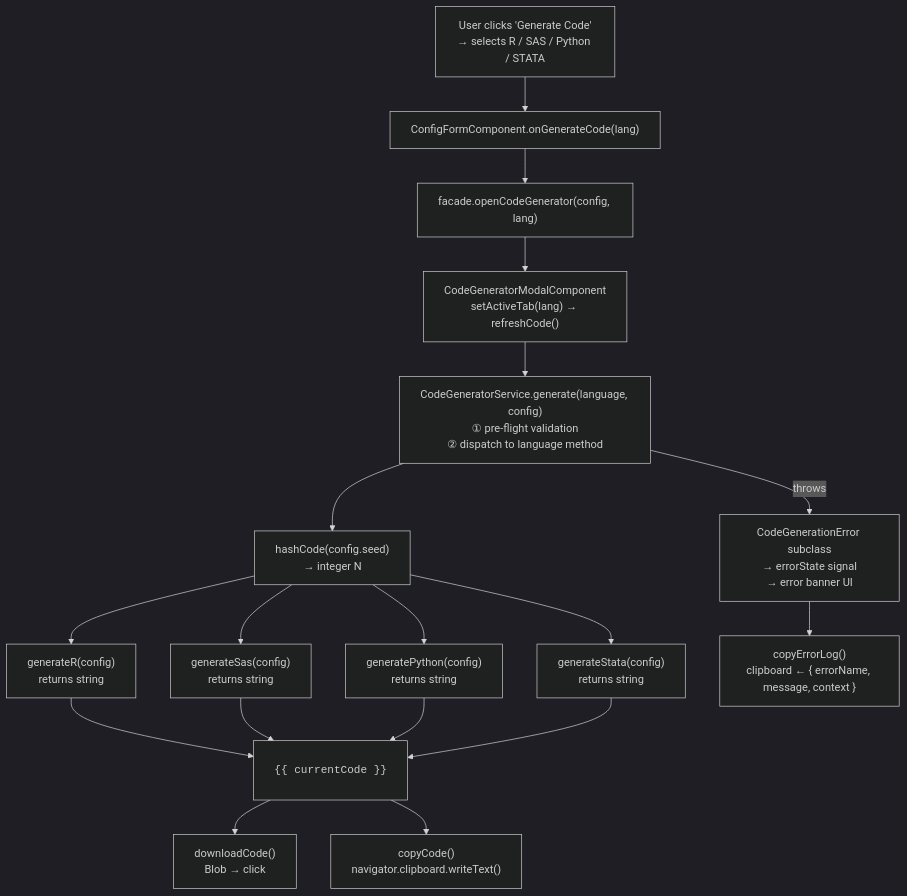
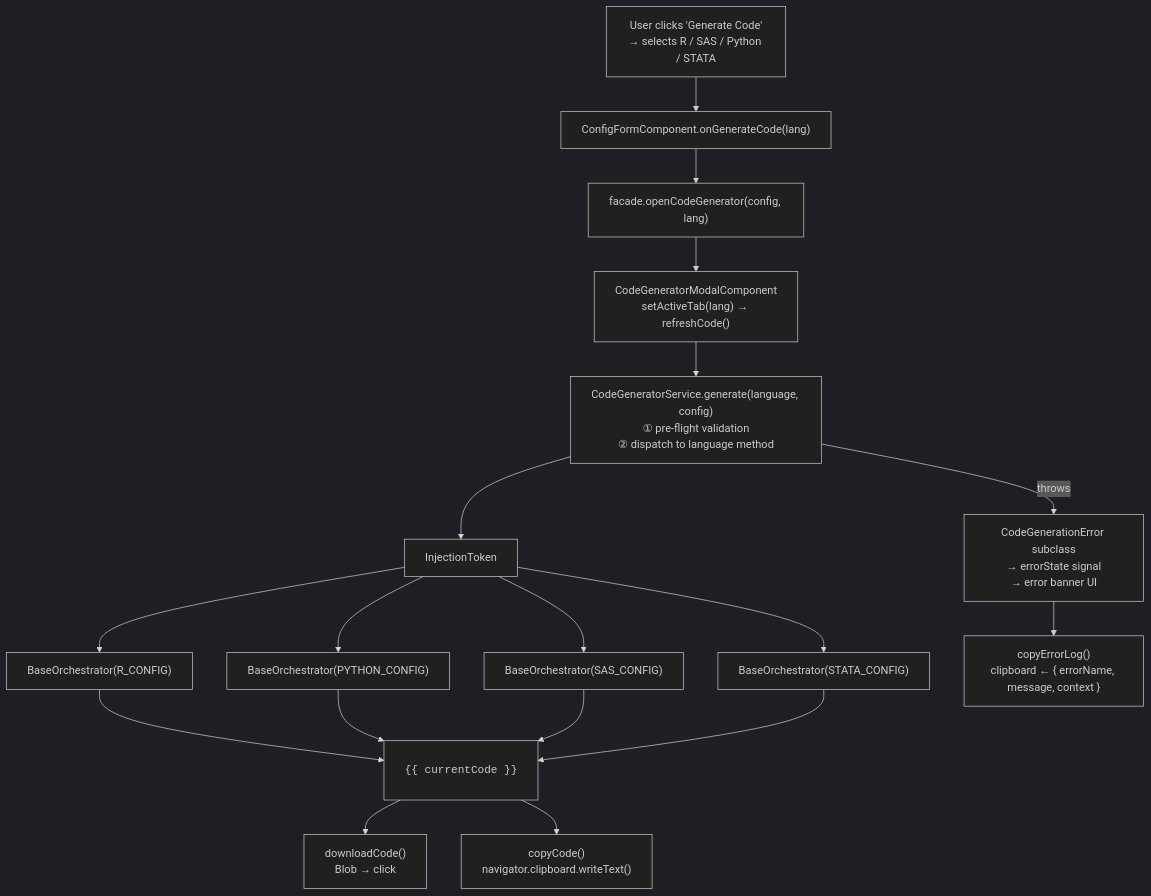
The tenth of 18 diagrams in docs/ARCHITECTURE.md (fderuiter/Equipose), drawn with Mermaid (dark theme) before and after one commit. The commit also changed other lines of this file and 3 other files, not shown here.

Commit message:
docs: automate architecture and data model sync

````diff
--- a/docs/ARCHITECTURE.md
+++ b/docs/ARCHITECTURE.md
@@ -868,28 +843,27 @@
 ```mermaid
 flowchart TD
     MODAL_BTN["User clicks 'Generate Code'\n→ selects R / SAS / Python / STATA"]
     FORM4["ConfigFormComponent.onGenerateCode(lang)"]
     FACADE4["facade.openCodeGenerator(config, lang)"]
     MODAL4["CodeGeneratorModalComponent\nsetActiveTab(lang) → refreshCode()"]
     ENTRY["CodeGeneratorService.generate(language, config)\n① pre-flight validation\n② dispatch to language method"]
 
     MODAL_BTN --> FORM4 --> FACADE4 --> MODAL4 --> ENTRY
 
-    ENTRY --> CGS["hashCode(config.seed)\n→ integer N"]
+    ENTRY --> STRAT["InjectionToken<CodeGenerationStrategy[]>"]
 
-    CGS --> GR["generateR(config)\nreturns string"]
-    CGS --> GSAS["generateSas(config)\nreturns string"]
-    CGS --> GPY["generatePython(config)\nreturns string"]
-    CGS --> GSTATA["generateStata(config)\nreturns string"]
-
-    GR --> DISP["<pre><code>{{ currentCode }}</code></pre>"]
-    GSAS --> DISP
-    GPY --> DISP
-    GSTATA --> DISP
+    STRAT --> STRAT_0["BaseOrchestrator(R_CONFIG)"]
+    STRAT_0 --> DISP["<pre><code>{{ currentCode }}</code></pre>"]
+    STRAT --> STRAT_1["BaseOrchestrator(PYTHON_CONFIG)"]
+    STRAT_1 --> DISP["<pre><code>{{ currentCode }}</code></pre>"]
+    STRAT --> STRAT_2["BaseOrchestrator(SAS_CONFIG)"]
+    STRAT_2 --> DISP["<pre><code>{{ currentCode }}</code></pre>"]
+    STRAT --> STRAT_3["BaseOrchestrator(STATA_CONFIG)"]
+    STRAT_3 --> DISP["<pre><code>{{ currentCode }}</code></pre>"]
 
     DISP --> DL["downloadCode()\nBlob → <a download> click"]
     DISP --> CP["copyCode()\nnavigator.clipboard.writeText()"]
 
     ENTRY -- "throws" --> ERR["CodeGenerationError subclass\n→ errorState signal\n→ error banner UI"]
     ERR --> CPE["copyErrorLog()\nclipboard ← { errorName, message, context }"]
 ```
````
